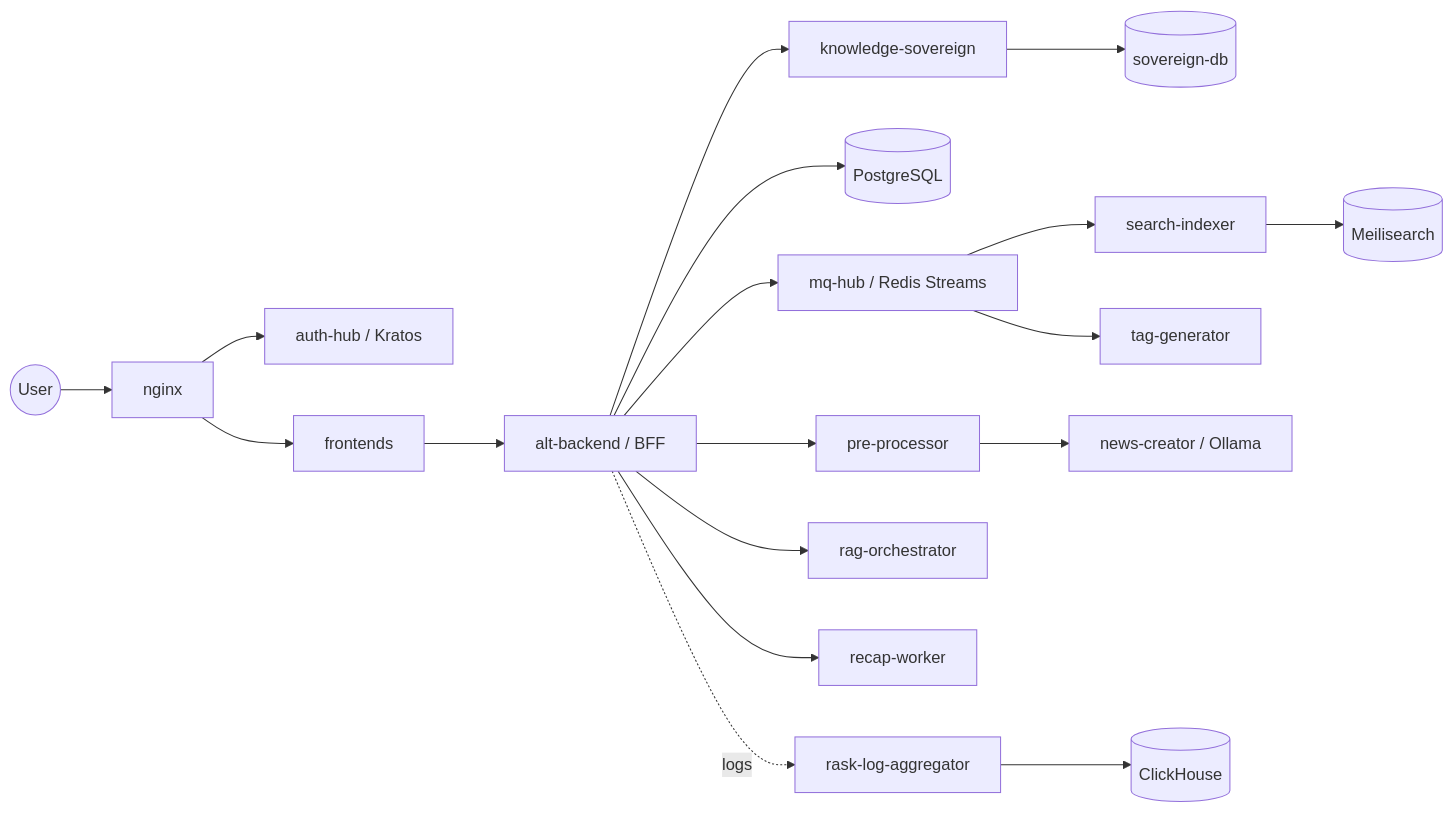
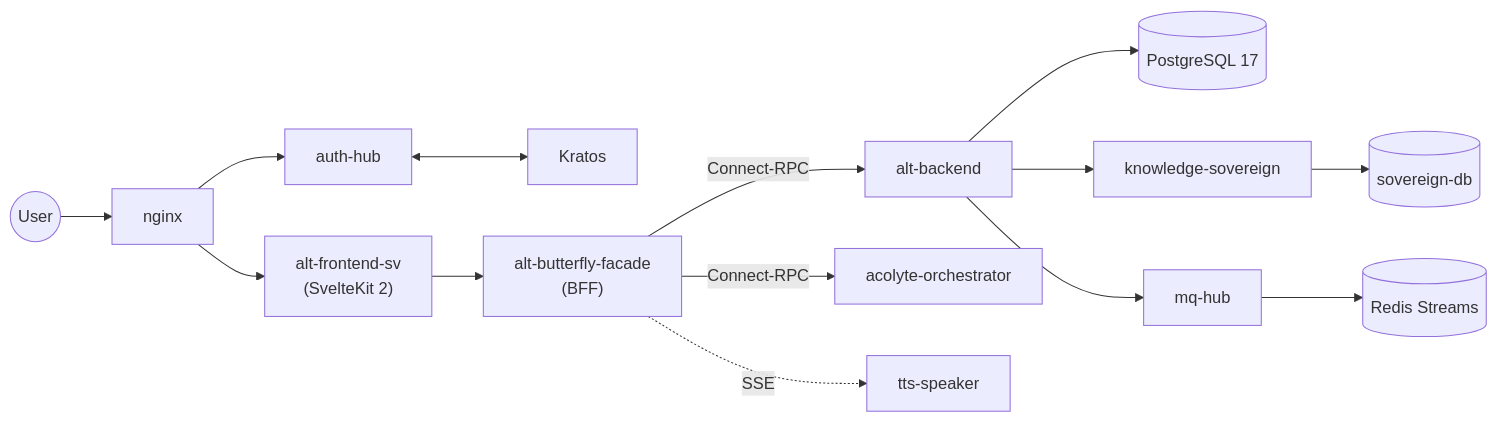
Before and after one commit to Kaikei-e/Alt: the first of 2 diagrams in README.md, drawn with Mermaid. The commit also changed other lines of this file, not shown here.

First line of the commit message:
Update README.md to enhance project description and architecture details

````diff
--- a/README.md
+++ b/README.md
@@ -77,20 +47,19 @@
 ```mermaid
 flowchart LR
-    User((User)) --> Nginx[nginx]
-    Nginx --> Auth[auth-hub / Kratos]
-    Nginx --> FE[frontends]
-    FE --> API[alt-backend / BFF]
-    API --> MQ[mq-hub / Redis Streams]
-    API --> DB[(PostgreSQL)]
-    API --> KS[knowledge-sovereign]
-    KS --> SDB[(sovereign-db)]
-    MQ --> IDX[search-indexer]
-    MQ --> TAG[tag-generator]
-    API --> PRE[pre-processor]
-    PRE --> NC[news-creator / Ollama]
-    API --> RAG[rag-orchestrator]
-    API --> RECAP[recap-worker]
-    API -. logs .-> RASK[rask-log-aggregator]
-    IDX --> MEILI[(Meilisearch)]
-    RASK --> CH[(ClickHouse)]
+    User((User)) --> nginx
+    nginx --> auth-hub
+    auth-hub <--> Kratos
+
+    nginx --> FE["alt-frontend-sv<br/>(SvelteKit 2)"]
+    FE --> BFF["alt-butterfly-facade<br/>(BFF)"]
+
+    BFF -->|Connect-RPC| BE[alt-backend]
+    BFF -->|Connect-RPC| ACOL[acolyte-orchestrator]
+    BFF -.->|SSE| TTS[tts-speaker]
+
+    BE --> DB[(PostgreSQL 17)]
+    BE --> KS[knowledge-sovereign]
+    KS --> KSDB[(sovereign-db)]
+    BE --> MQ[mq-hub]
+    MQ --> RS[(Redis Streams)]
 ```
````
